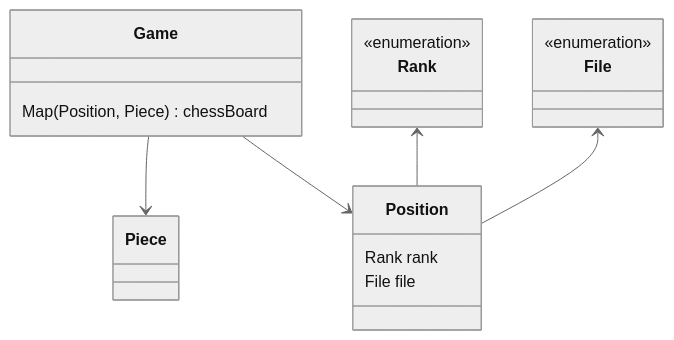
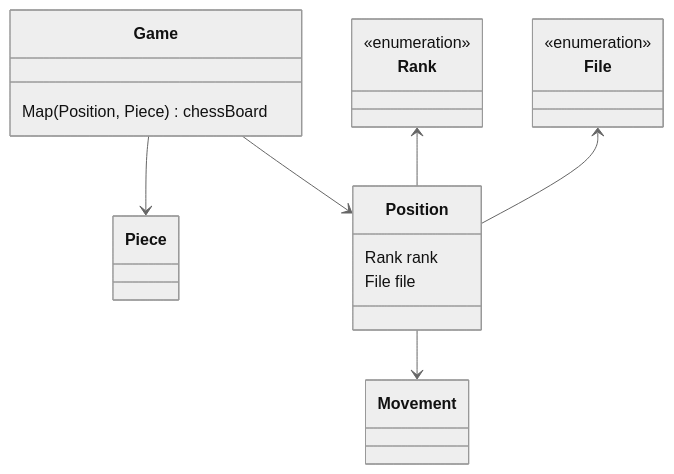
Before and after one commit to woowacourse/java-chess: the first of 2 diagrams in README.md, drawn with Mermaid (neutral theme). The commit also changed other lines of this file, not shown here.

````diff
--- a/README.md
+++ b/README.md
@@ -6,19 +7,21 @@
 ```mermaid
 classDiagram
     Game --> Piece
     Game --> Position
+    Position --> Movement
+
     Rank <-- Position
     File <-- Position
-    
+
     <<enumeration>> Rank
     <<enumeration>> File
-    
-    class Position{
+
+    class Position {
         Rank rank
         File file
     }
-    
+
     class Game {
         Map(Position, Piece) chessBoard
     }
 ```
````
